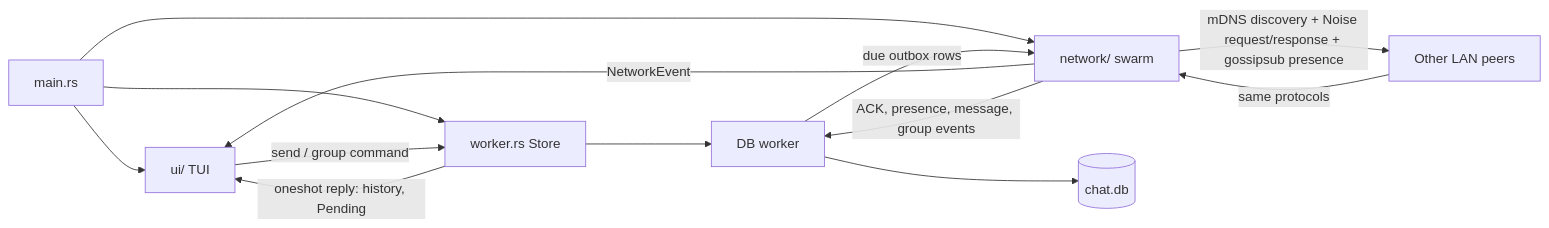
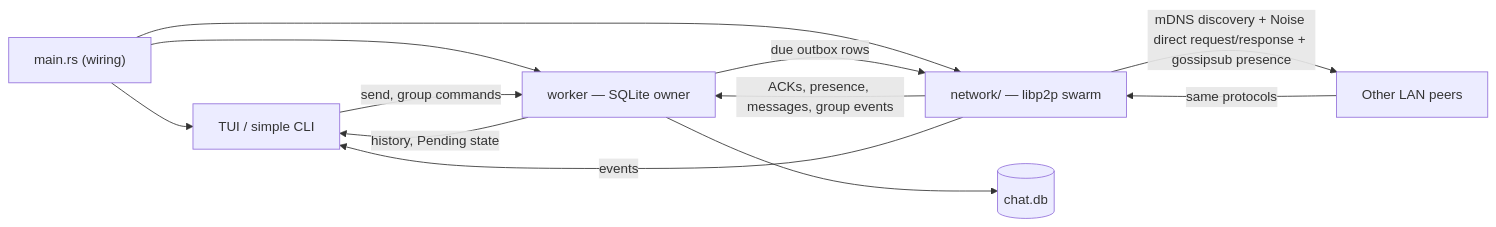
One commit to paolinos/mesh-chat changed the diagram in README.md. Above: the diagram before and after it, drawn with Mermaid. The commit also changed other lines of this file and 3 other files, not shown here.

````diff
--- a/README.md
+++ b/README.md
@@ -54,17 +73,17 @@
 ```mermaid
 flowchart LR
-  Main["main.rs"] --> UI["ui/ TUI"]
-  Main --> Net["network/ swarm"]
-  Main --> Store["worker.rs Store"]
+  Main["main.rs (wiring)"] --> UI["TUI / simple CLI"]
+  Main --> Net["network/ — libp2p swarm"]
+  Main --> Worker["worker — SQLite owner"]
 
-  UI -->|"send / group command"| Store
-  Store -->|"oneshot reply: history, Pending"| UI
-  Store --> Worker["DB worker"]
+  UI -->|"send, group commands"| Worker
+  Worker -->|"history, Pending state"| UI
+  Worker -->|"due outbox rows"| Net
+  Net -->|"ACKs, presence, messages, group events"| Worker
+  Net -->|"events"| UI
+
+  Net -->|"mDNS discovery + Noise direct request/response + gossipsub presence"| Peers["Other LAN peers"]
+  Peers -->|"same protocols"| Net
+
   Worker --> DB[("chat.db")]
-  Worker -->|"due outbox rows"| Net
-  Net -->|"NetworkEvent"| UI
-  Net -->|"ACK, presence, message, group events"| Worker
-
-  Net -->|"mDNS discovery + Noise request/response + gossipsub presence"| Peers["Other LAN peers"]
-  Peers -->|"same protocols"| Net
 ```
````
